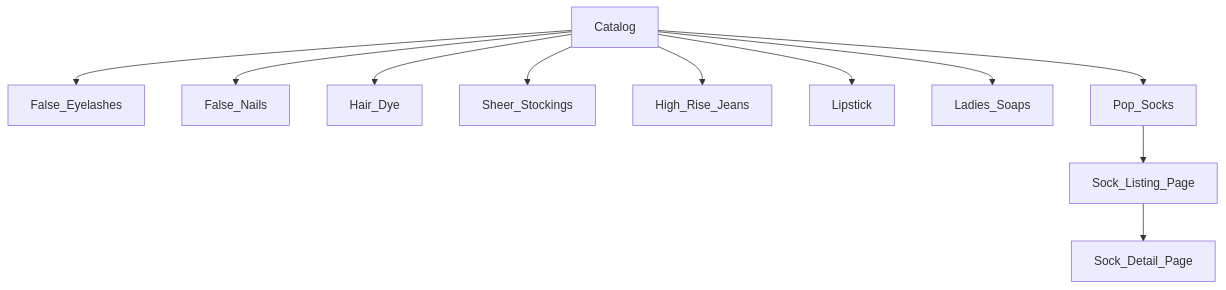
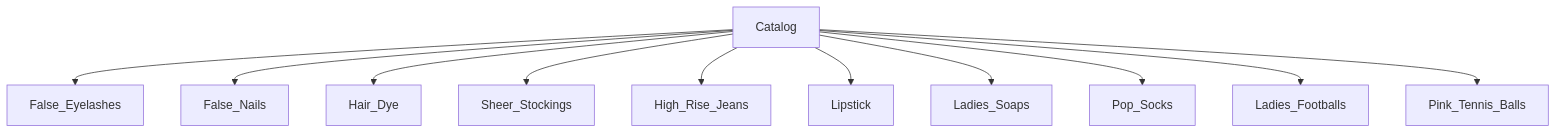
The diagram in specs/product-spec.md (misterfitzy/false-eyelash-store), drawn with Mermaid before and after one commit. The commit also changed other lines of this file, not shown here.

Commit message:
Add Pink Tennis Balls as a new top-level category with full shopper/admin features, filtering, data model, a11y, and next steps. See section and mermaid diagram in product-spec.md.

````diff
--- a/specs/product-spec.md
+++ b/specs/product-spec.md
@@ -20,14 +19,14 @@
 ```mermaid
 graph TD
   Catalog
     Catalog --> False_Eyelashes
     Catalog --> False_Nails
     Catalog --> Hair_Dye
     Catalog --> Sheer_Stockings
     Catalog --> High_Rise_Jeans
     Catalog --> Lipstick
     Catalog --> Ladies_Soaps
     Catalog --> Pop_Socks
-  Pop_Socks --> Sock_Listing_Page
-  Sock_Listing_Page --> Sock_Detail_Page
+    Catalog --> Ladies_Footballs
+    Catalog --> Pink_Tennis_Balls
 ```
````
